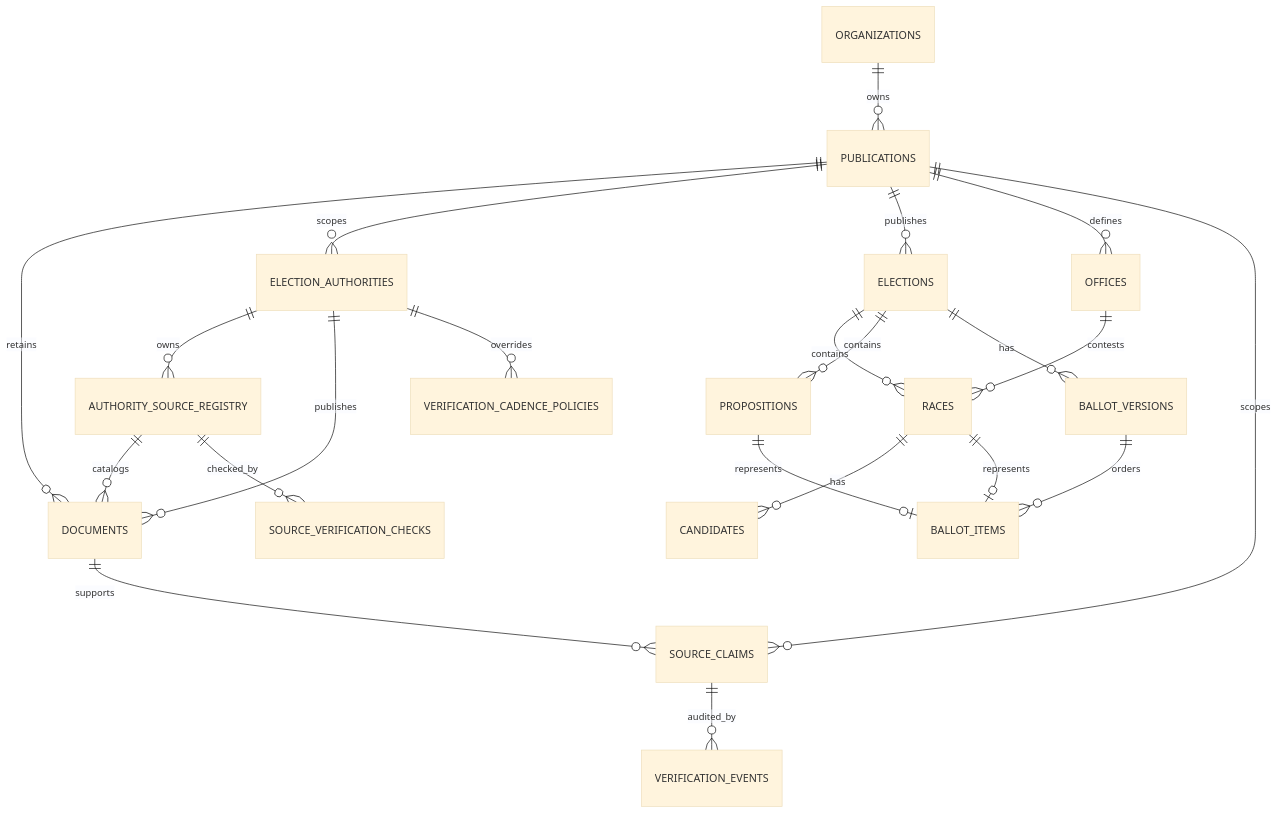
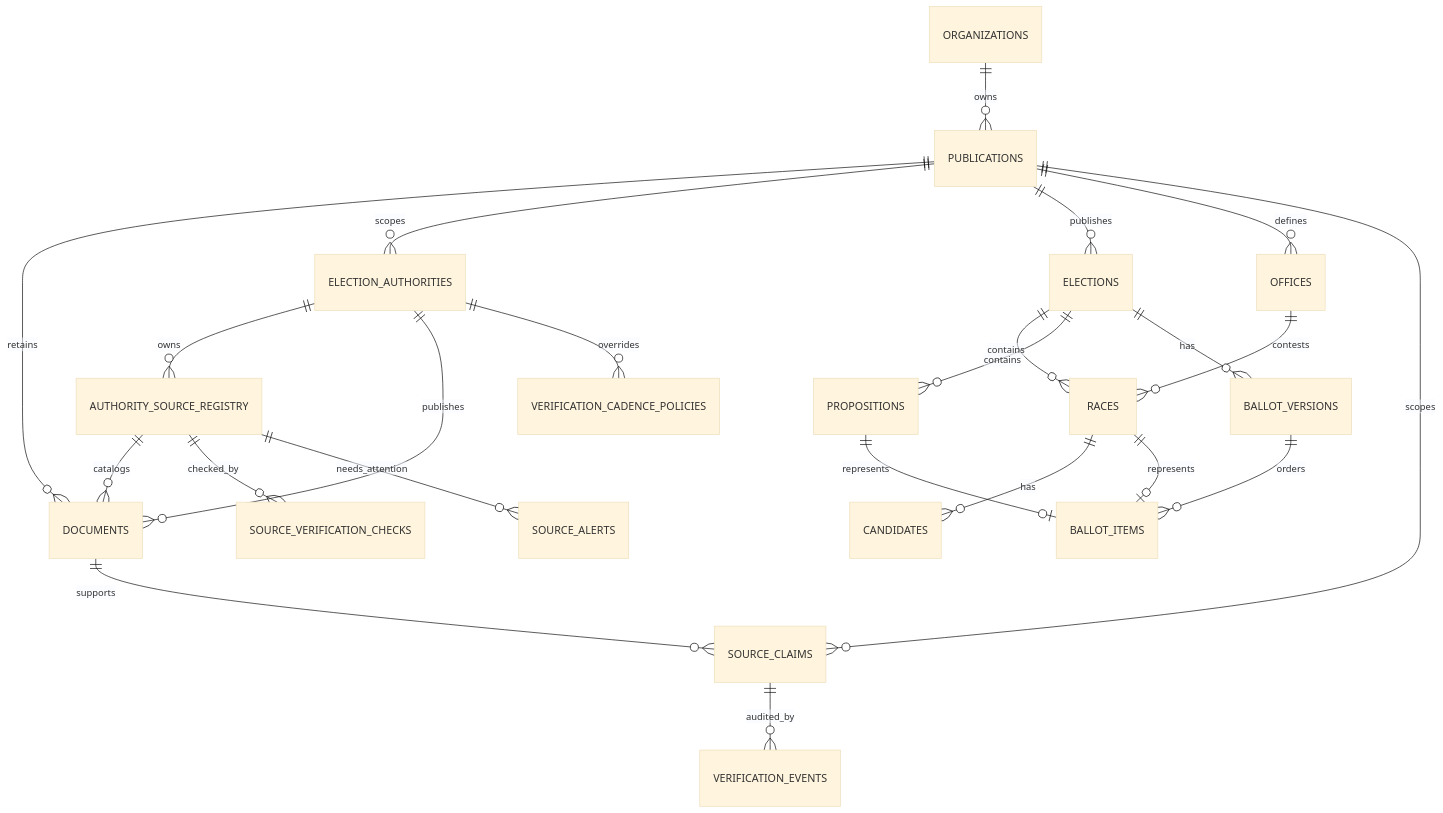
The diagram in docs/PROVENANCE_SCHEMA.md (xavierwells/BallotApp), drawn with Mermaid (base theme) before and after one commit. The commit also changed other lines of this file and 18 other files, not shown here.

````diff
--- a/docs/PROVENANCE_SCHEMA.md
+++ b/docs/PROVENANCE_SCHEMA.md
@@ -17,24 +17,25 @@
 ```mermaid
 erDiagram
     ORGANIZATIONS ||--o{ PUBLICATIONS : owns
     PUBLICATIONS ||--o{ DOCUMENTS : retains
     PUBLICATIONS ||--o{ ELECTION_AUTHORITIES : scopes
     ELECTION_AUTHORITIES ||--o{ AUTHORITY_SOURCE_REGISTRY : owns
     ELECTION_AUTHORITIES ||--o{ DOCUMENTS : publishes
     AUTHORITY_SOURCE_REGISTRY ||--o{ DOCUMENTS : catalogs
     ELECTION_AUTHORITIES ||--o{ VERIFICATION_CADENCE_POLICIES : overrides
     AUTHORITY_SOURCE_REGISTRY ||--o{ SOURCE_VERIFICATION_CHECKS : checked_by
+    AUTHORITY_SOURCE_REGISTRY ||--o{ SOURCE_ALERTS : needs_attention
     PUBLICATIONS ||--o{ ELECTIONS : publishes
     PUBLICATIONS ||--o{ OFFICES : defines
     PUBLICATIONS ||--o{ SOURCE_CLAIMS : scopes
     ELECTIONS ||--o{ RACES : contains
     OFFICES ||--o{ RACES : contests
     ELECTIONS ||--o{ PROPOSITIONS : contains
     ELECTIONS ||--o{ BALLOT_VERSIONS : has
     BALLOT_VERSIONS ||--o{ BALLOT_ITEMS : orders
     RACES ||--o{ CANDIDATES : has
     RACES ||--o| BALLOT_ITEMS : represents
     PROPOSITIONS ||--o| BALLOT_ITEMS : represents
     DOCUMENTS ||--o{ SOURCE_CLAIMS : supports
     SOURCE_CLAIMS ||--o{ VERIFICATION_EVENTS : audited_by
 ```
````
